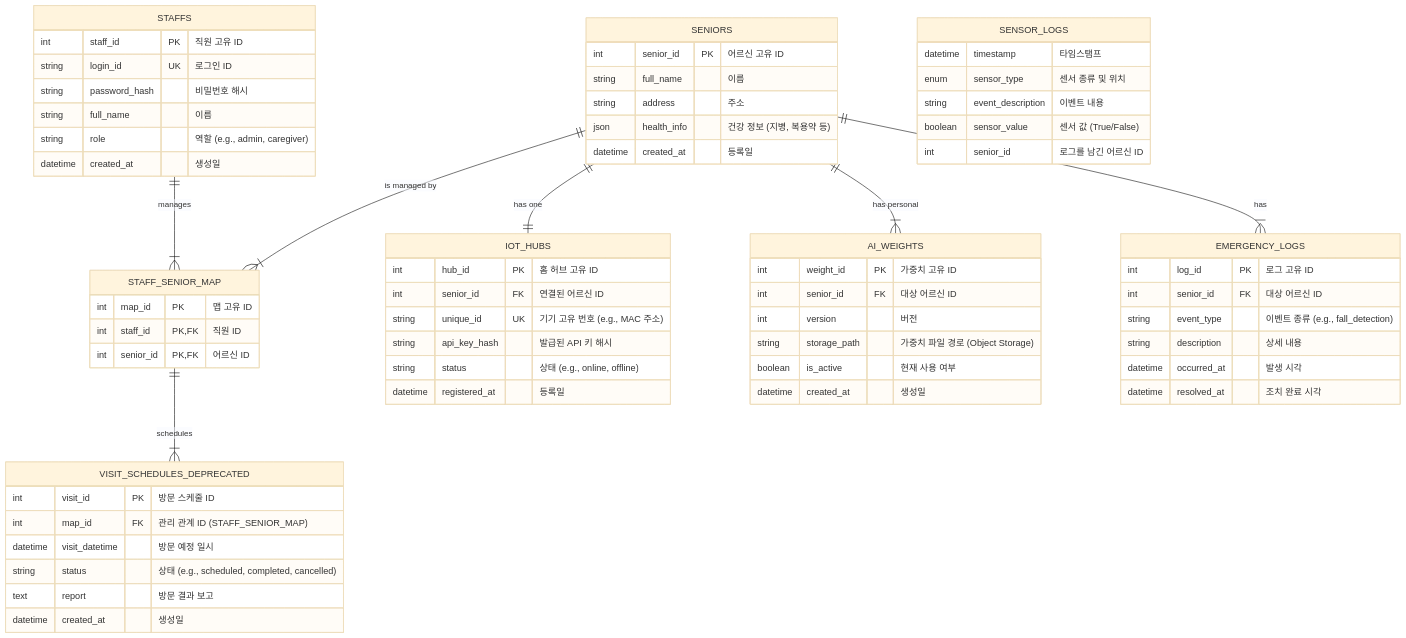
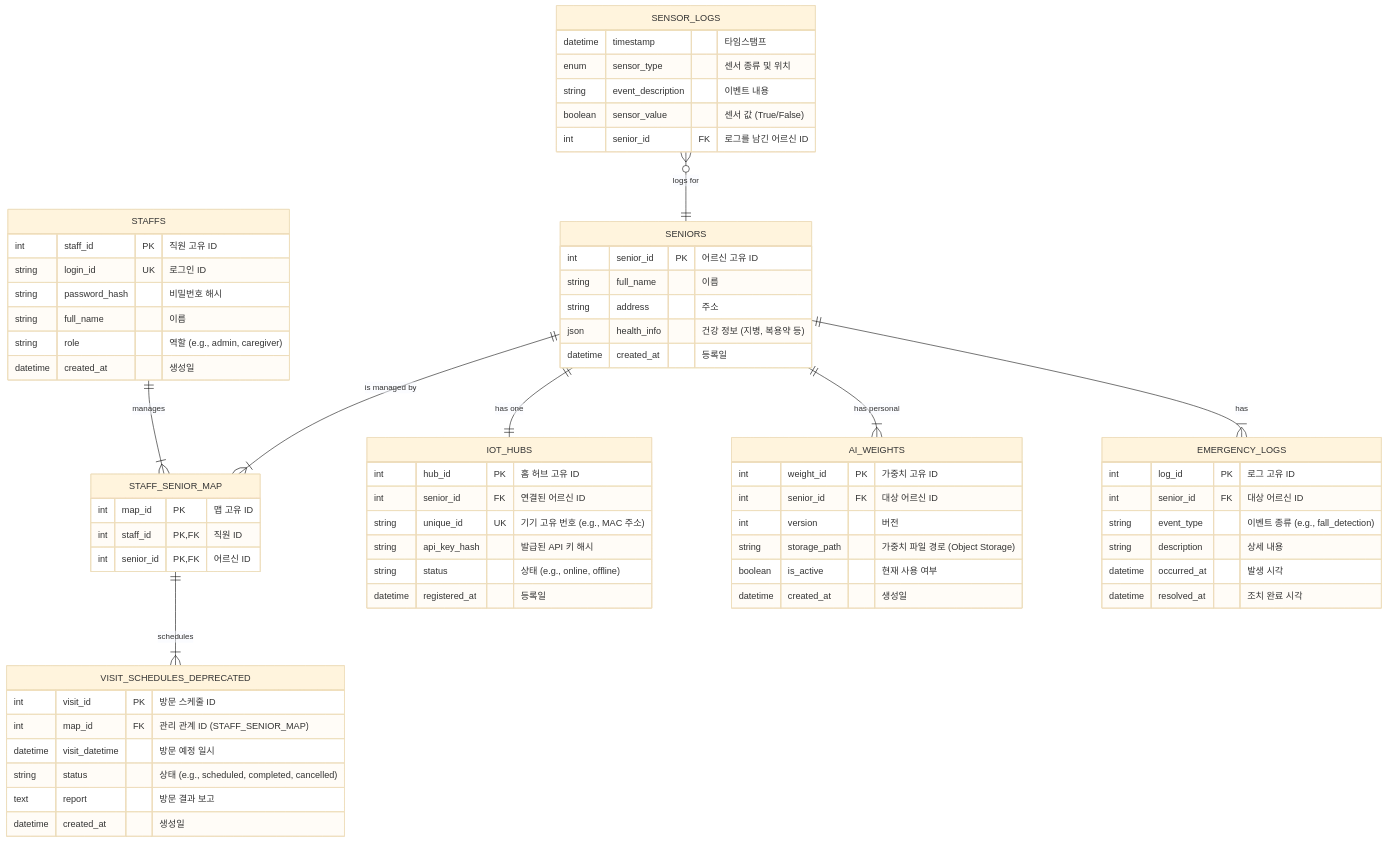
The diagram in BackEnd/design/ERD.mmd (jiminh03/SST), drawn with Mermaid (base theme) before and after one commit. The commit also changed 4 other files, not shown here.

```diff
--- a/BackEnd/design/ERD.mmd
+++ b/BackEnd/design/ERD.mmd
@@ -1,84 +1,82 @@
 erDiagram
     %% --- Entities Definition ---
 
     STAFFS {
         int staff_id PK "직원 고유 ID"
         string login_id UK "로그인 ID"
         string password_hash "비밀번호 해시"
         string full_name "이름"
         string role "역할 (e.g., admin, caregiver)"
         datetime created_at "생성일"
     }
 
     SENIORS {
         int senior_id PK "어르신 고유 ID"
         string full_name "이름"
         string address "주소"
         json health_info "건강 정보 (지병, 복용약 등)"
         datetime created_at "등록일"
     }
 
     STAFF_SENIOR_MAP {
         int map_id PK "맵 고유 ID"
         int staff_id PK, FK "직원 ID"
         int senior_id PK, FK "어르신 ID"
     }
 
     IOT_HUBS {
         int hub_id PK "홈 허브 고유 ID"
         int senior_id FK "연결된 어르신 ID"
         string unique_id UK "기기 고유 번호 (e.g., MAC 주소)"
         string api_key_hash "발급된 API 키 해시"
         string status "상태 (e.g., online, offline)"
         datetime registered_at "등록일"
     }
 
     AI_WEIGHTS {
         int weight_id PK "가중치 고유 ID"
         int senior_id FK "대상 어르신 ID"
         int version "버전"
         string storage_path "가중치 파일 경로 (Object Storage)"
         boolean is_active "현재 사용 여부"
         datetime created_at "생성일"
     }
 
     EMERGENCY_LOGS {
         int log_id PK "로그 고유 ID"
         int senior_id FK "대상 어르신 ID"
         string event_type "이벤트 종류 (e.g., fall_detection)"
         string description "상세 내용"
         datetime occurred_at "발생 시각"
         datetime resolved_at "조치 완료 시각"
     }
 
     VISIT_SCHEDULES_DEPRECATED {
     int visit_id PK "방문 스케줄 ID"
     int map_id FK "관리 관계 ID (STAFF_SENIOR_MAP)"
     datetime visit_datetime "방문 예정 일시"
     string status "상태 (e.g., scheduled, completed, cancelled)"
     text report "방문 결과 보고"
     datetime created_at "생성일"
-}
+    }
 
-    %% --- Time-Series Data (Logical Representation) ---
-    %% 시계열 데이터(센서 로그)는 별도의 Time-Series DB(e.g., TimescaleDB)에 저장됩니다.
-    %% 아래는 개념적 표현이며, 실제 테이블은 관계형 DB에 존재하지 않습니다.
     SENSOR_LOGS {
         datetime timestamp "타임스탬프"
         enum sensor_type "센서 종류 및 위치"
         string event_description "이벤트 내용"
         boolean sensor_value "센서 값 (True/False)"
-        int senior_id "로그를 남긴 어르신 ID"
+        int senior_id FK "로그를 남긴 어르신 ID"
     }
 
 
     %% --- Relationships Definition ---
 
     STAFFS ||--|{ STAFF_SENIOR_MAP : "manages"
     SENIORS ||--|{ STAFF_SENIOR_MAP : "is managed by"
 
     SENIORS ||--|| IOT_HUBS : "has one"
     SENIORS ||--|{ AI_WEIGHTS : "has personal"
     SENIORS ||--|{ EMERGENCY_LOGS : "has"
+    SENSOR_LOGS }o--|| SENIORS : "logs for"
     
     STAFF_SENIOR_MAP ||--|{ VISIT_SCHEDULES_DEPRECATED : "schedules"
```
